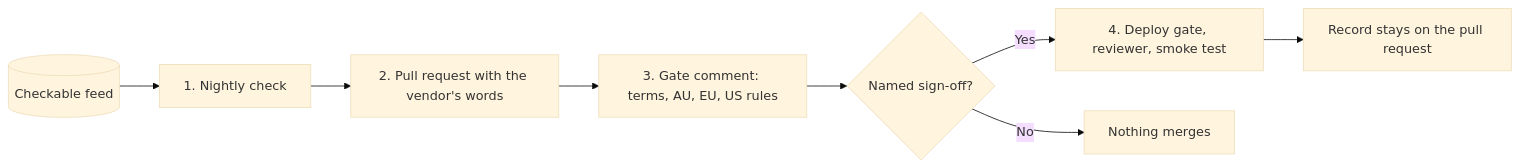
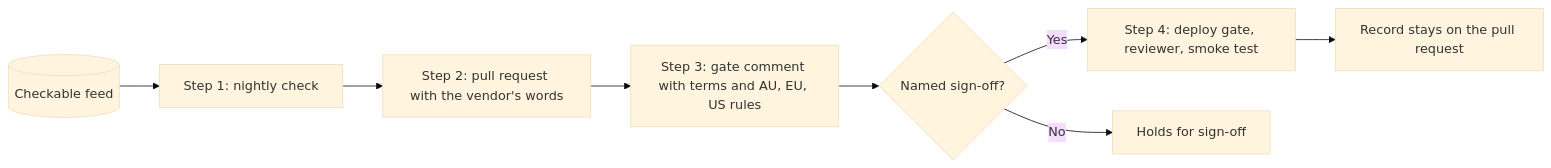
The diagram in README.md (checkable-ai/ci-demo), drawn with Mermaid (base theme) before and after one commit. The commit also changed 2 other files, not shown here.

Commit message:
README: give the hero room for wider fonts and keep the mermaid labels plain
Shrink the step labels, widen the boxes and drop the extra wordmark
label so the banner holds under Verdana and DejaVu widths. Start the
mermaid node labels with "Step n:" because a leading "1." renders as an
unsupported markdown list, and phrase the hold node positively.

Claude-Session: https://claude.ai/code/session_01V4YGDUT5Q7Dg2xAPbgmvUB

````diff
--- a/README.md
+++ b/README.md
@@ -42,13 +42,13 @@
 ```mermaid
 flowchart LR
     feed[("Checkable feed")]
-    nightly["1. Nightly check"]
-    pr["2. Pull request with the vendor's words"]
-    gate["3. Gate comment: terms, AU, EU, US rules"]
+    nightly["Step 1: nightly check"]
+    pr["Step 2: pull request with the vendor's words"]
+    gate["Step 3: gate comment with terms and AU, EU, US rules"]
     signoff{"Named sign-off?"}
-    deploy["4. Deploy gate, reviewer, smoke test"]
+    deploy["Step 4: deploy gate, reviewer, smoke test"]
     record["Record stays on the pull request"]
     feed --> nightly --> pr --> gate --> signoff
     signoff -- "Yes" --> deploy --> record
-    signoff -- "No" --> hold["Nothing merges"]
+    signoff -- "No" --> hold["Holds for sign-off"]
 ```
````
